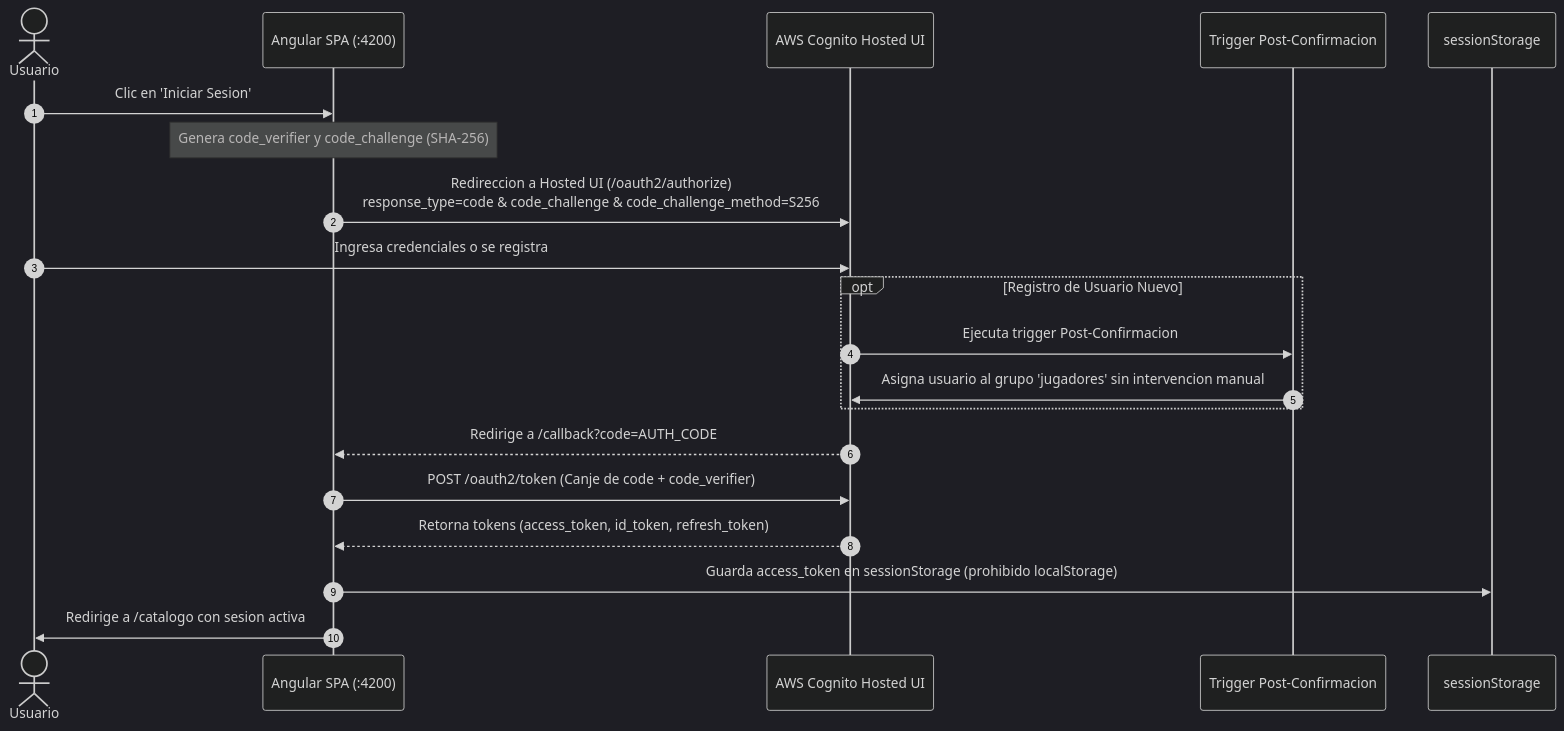
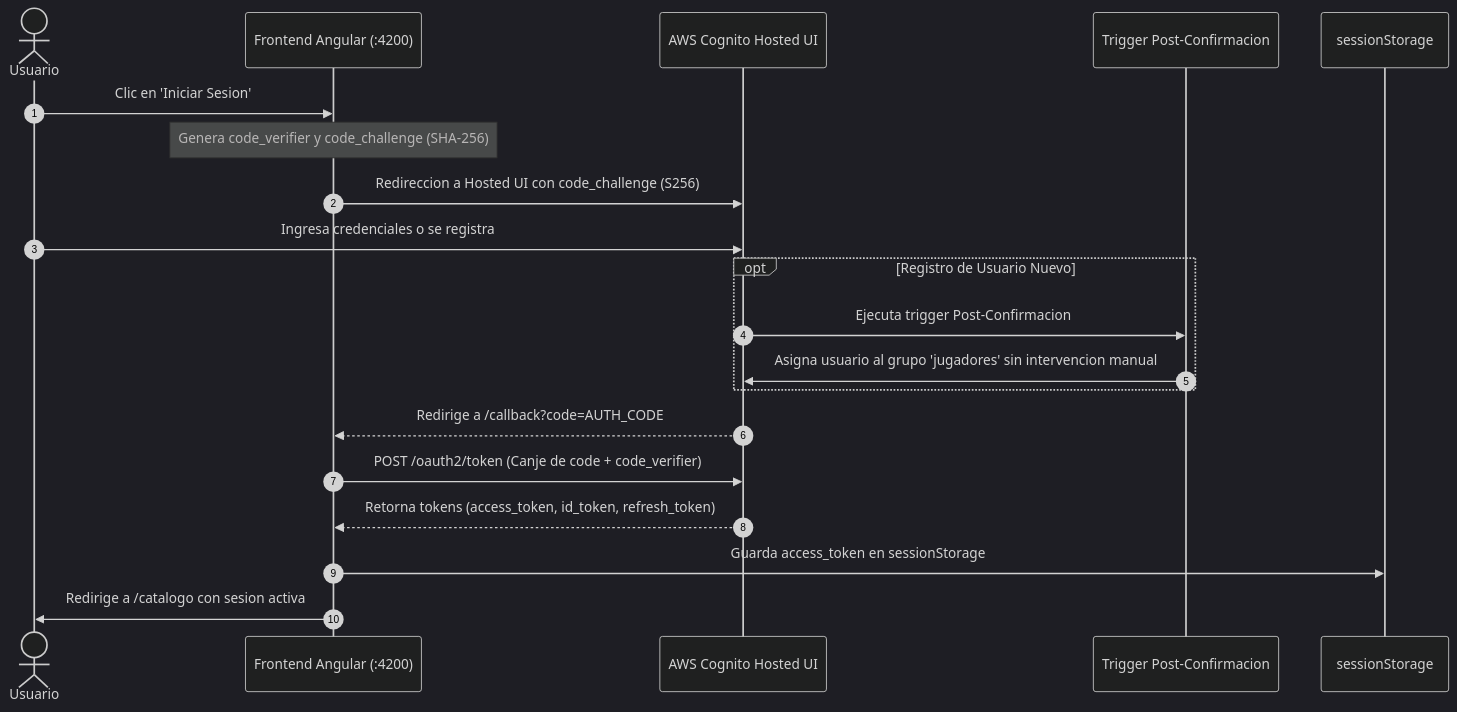
The second of 4 diagrams in README.md (oskr003/vidalstore-ep1-skill), drawn with Mermaid (dark theme) before and after one commit. The commit also changed other lines of this file, not shown here.

Commit message:
docs: simplify and clean up labels in README Mermaid diagrams

````diff
--- a/README.md
+++ b/README.md
@@ -119,23 +119,23 @@
 ```mermaid
 sequenceDiagram
     autonumber
     actor Usuario
-    participant SPA as Angular SPA (:4200)
+    participant SPA as Frontend Angular (:4200)
     participant Cognito as AWS Cognito Hosted UI
     participant Lambda as Trigger Post-Confirmacion
     participant Storage as sessionStorage
 
     Usuario->>SPA: Clic en 'Iniciar Sesion'
     Note over SPA: Genera code_verifier y code_challenge (SHA-256)
-    SPA->>Cognito: Redireccion a Hosted UI (/oauth2/authorize)<br/>response_type=code & code_challenge & code_challenge_method=S256
+    SPA->>Cognito: Redireccion a Hosted UI con code_challenge (S256)
     Usuario->>Cognito: Ingresa credenciales o se registra
     opt Registro de Usuario Nuevo
         Cognito->>Lambda: Ejecuta trigger Post-Confirmacion
         Lambda->>Cognito: Asigna usuario al grupo 'jugadores' sin intervencion manual
     end
     Cognito-->>SPA: Redirige a /callback?code=AUTH_CODE
     SPA->>Cognito: POST /oauth2/token (Canje de code + code_verifier)
     Cognito-->>SPA: Retorna tokens (access_token, id_token, refresh_token)
-    SPA->>Storage: Guarda access_token en sessionStorage (prohibido localStorage)
+    SPA->>Storage: Guarda access_token en sessionStorage
     SPA->>Usuario: Redirige a /catalogo con sesion activa
 ```
````
